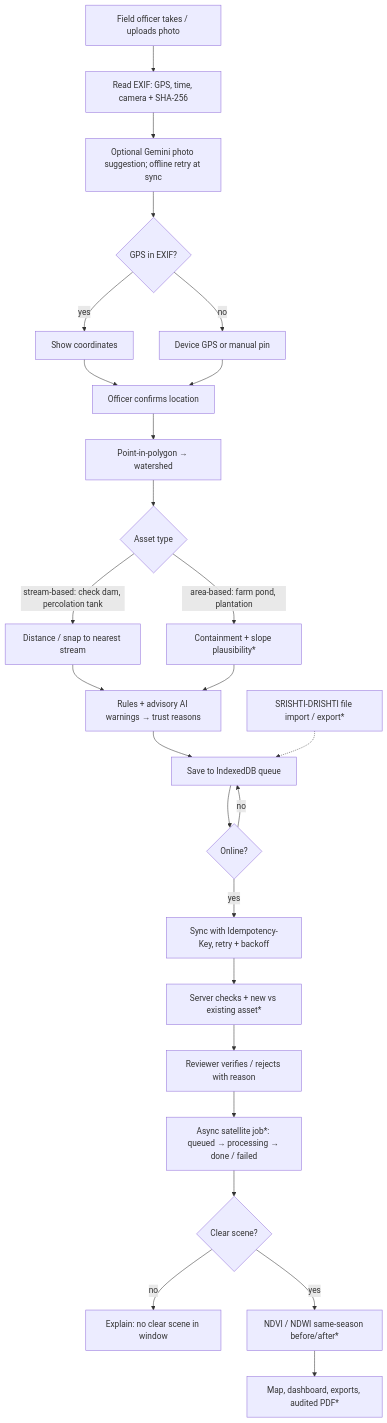
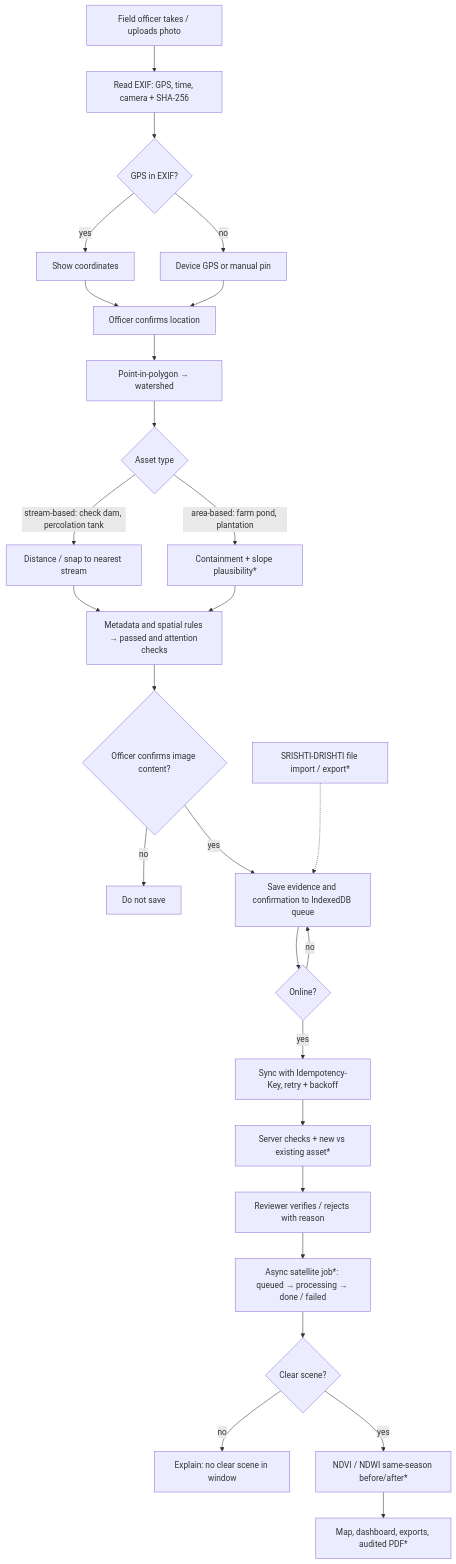
The diagram in docs/ARCHITECTURE.md (omkar0816/HydroSnap-3D), drawn with Mermaid before and after one commit. The commit also changed other lines of this file and 30 other files, not shown here.

````diff
--- a/docs/ARCHITECTURE.md
+++ b/docs/ARCHITECTURE.md
@@ -55,28 +55,29 @@
 ```mermaid
 flowchart TD
   A[Field officer takes / uploads photo] --> B[Read EXIF: GPS, time, camera + SHA-256]
-  B --> B3[Optional Gemini photo suggestion; offline retry at sync]
-  B3 --> C{GPS in EXIF?}
+  B --> C{GPS in EXIF?}
   C -- yes --> D[Show coordinates]
   C -- no --> D2[Device GPS or manual pin]
   D --> E[Officer confirms location]
   D2 --> E
   E --> F[Point-in-polygon → watershed]
   F --> G{Asset type}
   G -- stream-based: check dam, percolation tank --> H[Distance / snap to nearest stream]
   G -- area-based: farm pond, plantation --> H2[Containment + slope plausibility*]
-  H --> I[Rules + advisory AI warnings → trust reasons]
+  H --> I[Metadata and spatial rules → passed and attention checks]
   H2 --> I
-  I --> J[Save to IndexedDB queue]
+  I --> I2{Officer confirms image content?}
+  I2 -- no --> I3[Do not save]
+  I2 -- yes --> J[Save evidence and confirmation to IndexedDB queue]
   J --> K{Online?}
   K -- no --> J
   K -- yes --> L[Sync with Idempotency-Key, retry + backoff]
   L --> M[Server checks + new vs existing asset*]
   M --> N[Reviewer verifies / rejects with reason]
   N --> O[Async satellite job*: queued → processing → done / failed]
   O --> P{Clear scene?}
   P -- no --> P2[Explain: no clear scene in window]
   P -- yes --> Q[NDVI / NDWI same-season before/after*]
   Q --> R[Map, dashboard, exports, audited PDF*]
   S[SRISHTI-DRISHTI file import / export*] -.-> J
 ```
````
